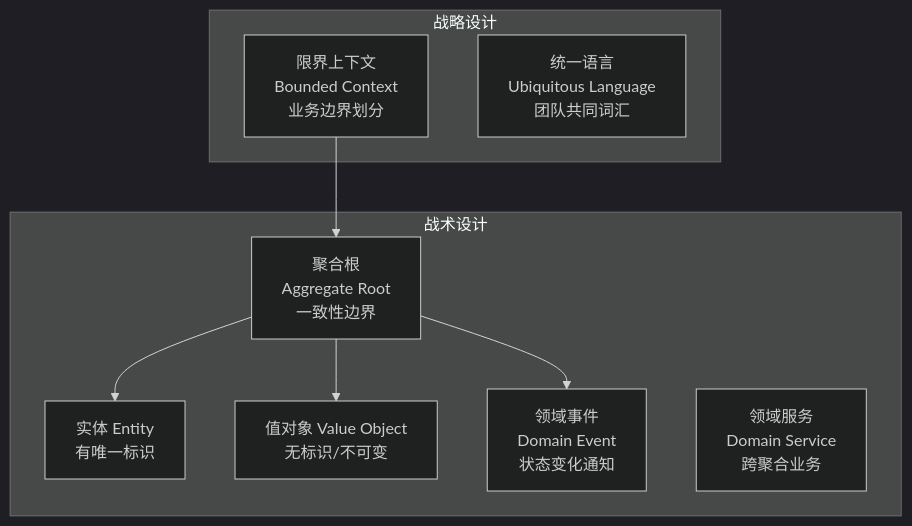
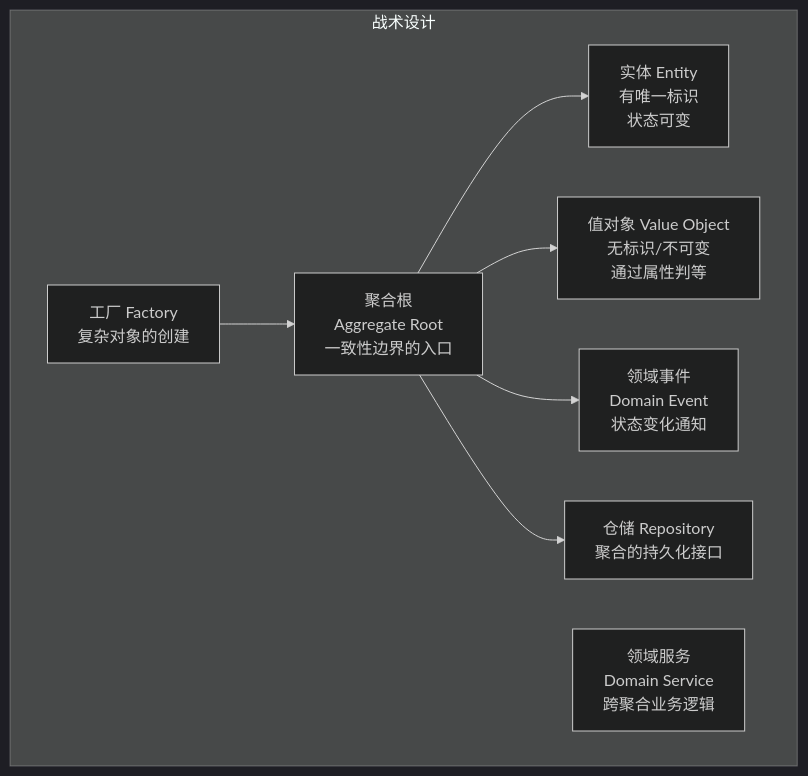
Before and after one commit to b1tzer/b1tzer.github.io: the second of 4 diagrams in docs/09-software-engineering/03-DDD领域驱动设计.md, drawn with Mermaid (dark theme). The commit also changed other lines of this file, not shown here.

````diff
--- a/docs/09-software-engineering/03-DDD领域驱动设计.md
+++ b/docs/09-software-engineering/03-DDD领域驱动设计.md
@@ -54,20 +128,18 @@
 ```mermaid
 flowchart TB
-    subgraph 战略设计
-        BC[限界上下文<br>Bounded Context<br>业务边界划分]
-        UL[统一语言<br>Ubiquitous Language<br>团队共同词汇]
+    subgraph 战术设计
+        AR["聚合根<br>Aggregate Root<br>一致性边界的入口"]
+        E["实体 Entity<br>有唯一标识<br>状态可变"]
+        VO["值对象 Value Object<br>无标识/不可变<br>通过属性判等"]
+        DE["领域事件<br>Domain Event<br>状态变化通知"]
+        DS["领域服务<br>Domain Service<br>跨聚合业务逻辑"]
+        Repo["仓储 Repository<br>聚合的持久化接口"]
+        Factory["工厂 Factory<br>复杂对象的创建"]
     end
 
-    subgraph 战术设计
-        AR[聚合根<br>Aggregate Root<br>一致性边界]
-        E[实体 Entity<br>有唯一标识]
-        VO[值对象 Value Object<br>无标识/不可变]
-        DE[领域事件<br>Domain Event<br>状态变化通知]
-        DS[领域服务<br>Domain Service<br>跨聚合业务]
-    end
-
-    BC --> AR
     AR --> E
     AR --> VO
     AR --> DE
+    AR --> Repo
+    Factory --> AR
 ```
````
